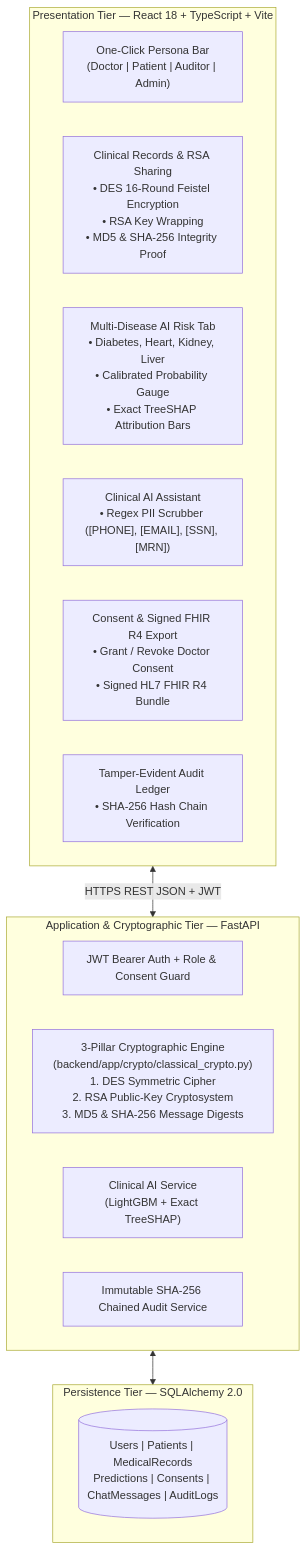
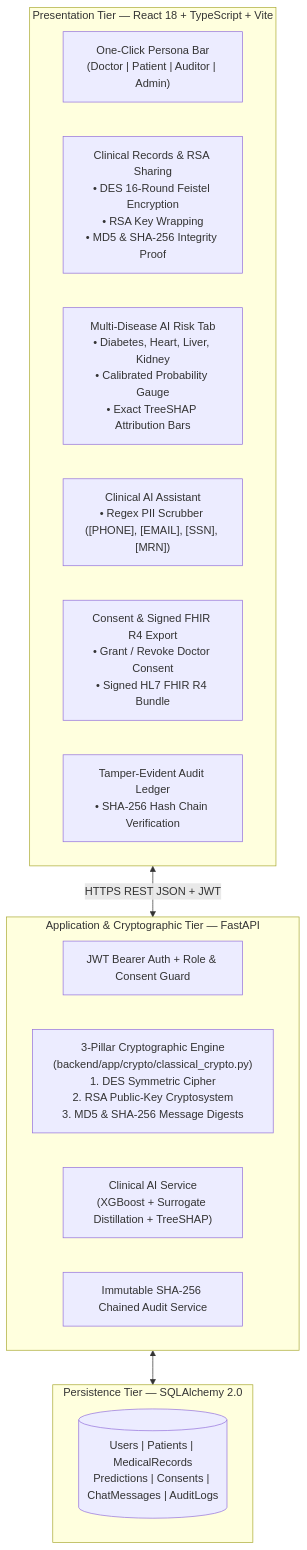
One commit to ezylopx5/secure-ehr changed the first of 2 diagrams in docs/PROJECT_REPORT.md. Above: the diagram before and after it, drawn with Mermaid. The commit also changed other lines of this file, not shown here.

````diff
--- a/docs/PROJECT_REPORT.md
+++ b/docs/PROJECT_REPORT.md
@@ -51,25 +52,25 @@
 ```mermaid
 flowchart TB
     subgraph Client["Presentation Tier — React 18 + TypeScript + Vite"]
         PersonaBar["One-Click Persona Bar\n(Doctor | Patient | Auditor | Admin)"]
         RecordsTab["Clinical Records & RSA Sharing\n• DES 16-Round Feistel Encryption\n• RSA Key Wrapping\n• MD5 & SHA-256 Integrity Proof"]
-        RiskTab["Multi-Disease AI Risk Tab\n• Diabetes, Heart, Kidney, Liver\n• Calibrated Probability Gauge\n• Exact TreeSHAP Attribution Bars"]
+        RiskTab["Multi-Disease AI Risk Tab\n• Diabetes, Heart, Liver, Kidney\n• Calibrated Probability Gauge\n• Exact TreeSHAP Attribution Bars"]
         AssistantTab["Clinical AI Assistant\n• Regex PII Scrubber ([PHONE], [EMAIL], [SSN], [MRN])"]
         ConsentTab["Consent & Signed FHIR R4 Export\n• Grant / Revoke Doctor Consent\n• Signed HL7 FHIR R4 Bundle"]
         AuditPage["Tamper-Evident Audit Ledger\n• SHA-256 Hash Chain Verification"]
     end
 
     subgraph Server["Application & Cryptographic Tier — FastAPI"]
         AuthGuard["JWT Bearer Auth + Role & Consent Guard"]
         CryptoCore["3-Pillar Cryptographic Engine\n(backend/app/crypto/classical_crypto.py)\n1. DES Symmetric Cipher\n2. RSA Public-Key Cryptosystem\n3. MD5 & SHA-256 Message Digests"]
-        MLEngine["Clinical AI Service\n(LightGBM + Exact TreeSHAP)"]
+        MLEngine["Clinical AI Service\n(XGBoost + Surrogate Distillation + TreeSHAP)"]
         AuditEngine["Immutable SHA-256 Chained Audit Service"]
     end
 
     subgraph Database["Persistence Tier — SQLAlchemy 2.0"]
         Tables[("Users | Patients | MedicalRecords\nPredictions | Consents | ChatMessages | AuditLogs")]
     end
 
     Client <-->|HTTPS REST JSON + JWT| Server
     Server <--> Database
 ```
````
